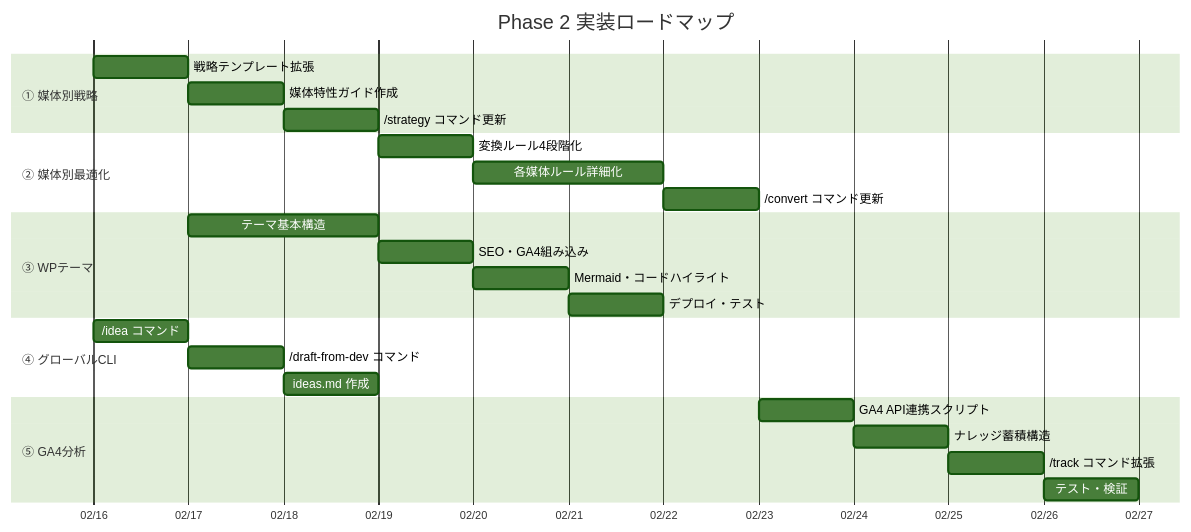
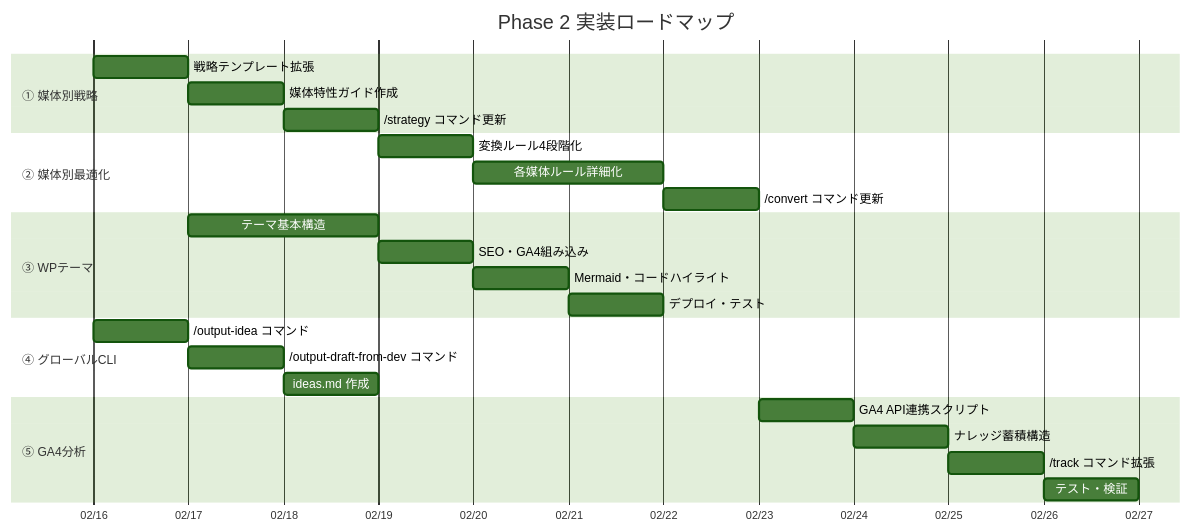
Before and after one commit to thirai-classlab/technology-output: the seventh of 7 diagrams in docs/design/07-phase2-evolution.md, drawn with Mermaid (forest theme). The commit also changed other lines of this file and 30 other files, not shown here.

````diff
--- a/docs/design/07-phase2-evolution.md
+++ b/docs/design/07-phase2-evolution.md
@@ -418,33 +431,33 @@
 ```mermaid
 gantt
     title Phase 2 実装ロードマップ
     dateFormat YYYY-MM-DD
     axisFormat %m/%d
 
     section ① 媒体別戦略
     戦略テンプレート拡張       :a1, 2026-02-16, 1d
     媒体特性ガイド作成         :a2, after a1, 1d
     /strategy コマンド更新     :a3, after a2, 1d
 
     section ② 媒体別最適化
     変換ルール4段階化          :b1, after a3, 1d
     各媒体ルール詳細化         :b2, after b1, 2d
     /convert コマンド更新      :b3, after b2, 1d
 
     section ③ WPテーマ
     テーマ基本構造             :c1, after a1, 2d
     SEO・GA4組み込み           :c2, after c1, 1d
     Mermaid・コードハイライト   :c3, after c2, 1d
     デプロイ・テスト            :c4, after c3, 1d
 
     section ④ グローバルCLI
-    /idea コマンド             :d1, 2026-02-16, 1d
-    /draft-from-dev コマンド   :d2, after d1, 1d
-    ideas.md 作成              :d3, after d2, 1d
+    /output-idea コマンド              :d1, 2026-02-16, 1d
+    /output-draft-from-dev コマンド    :d2, after d1, 1d
+    ideas.md 作成                      :d3, after d2, 1d
 
     section ⑤ GA4分析
     GA4 API連携スクリプト      :e1, after b3, 1d
     ナレッジ蓄積構造           :e2, after e1, 1d
     /track コマンド拡張        :e3, after e2, 1d
     テスト・検証               :e4, after e3, 1d
 ```
````
